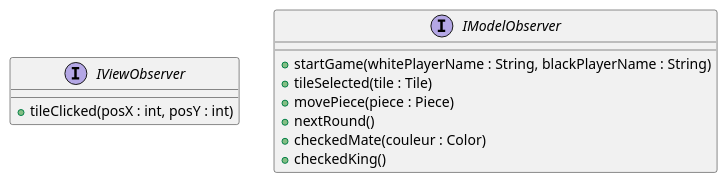
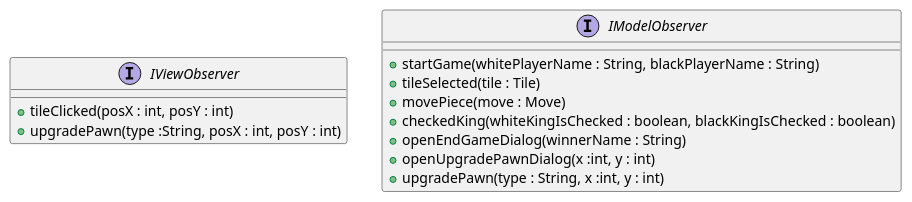
One commit to oceanedruenne/chess-game changed the diagram in rendu2/rendu2/observers/Observers.puml. Above: the diagram before and after it, drawn with PlantUML. The commit also changed 18 other files, not shown here.

Commit message:
UML + rapport + README installation

```diff
--- a/rendu2/rendu2/observers/Observers.puml
+++ b/rendu2/rendu2/observers/Observers.puml
@@ -1,19 +1,22 @@
 @startuml
 'https://plantuml.com/class-diagram
 
 interface IViewObserver
 {
     + tileClicked(posX : int, posY : int)
+    + upgradePawn(type :String, posX : int, posY : int)
 }
 
 interface IModelObserver
 {
     + startGame(whitePlayerName : String, blackPlayerName : String)
     + tileSelected(tile : Tile)
-    + movePiece(piece : Piece)
-    + nextRound()
-    + checkedMate(couleur : Color)
-    + checkedKing()
+    + movePiece(move : Move)
+    + checkedKing(whiteKingIsChecked : boolean, blackKingIsChecked : boolean)
+    + openEndGameDialog(winnerName : String)
+    + openUpgradePawnDialog(x :int, y : int)
+    + upgradePawn(type : String, x :int, y : int)
+
 }
 
 @enduml
```
